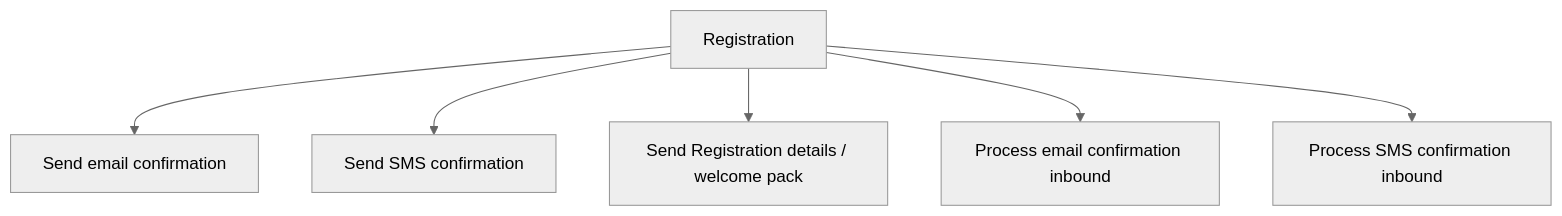
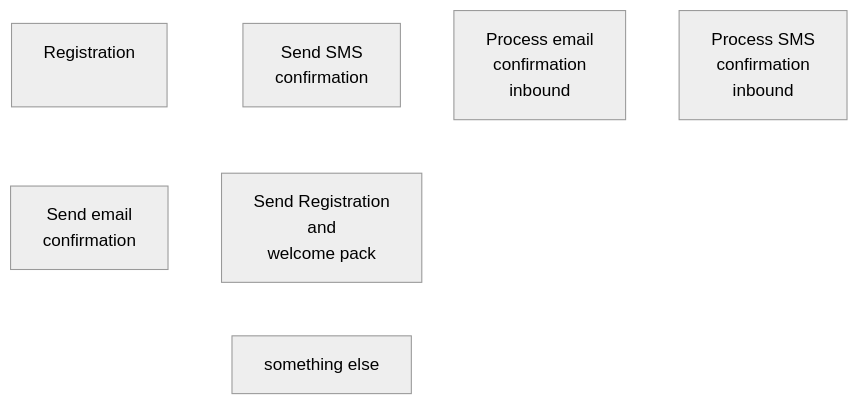
Before and after one commit to jimdeane/OpenCCM-wiki: the diagram in User%2DJourneys.md, drawn with Mermaid (neutral theme). The commit also changed other lines of this file, not shown here.

Commit message:
Updated User-Journeys

```diff
--- a/User%2DJourneys.md
+++ b/User%2DJourneys.md
@@ -7,10 +2,16 @@
 ::: mermaid
 graph TD;
-Registration-->id01[Send email confirmation]
-Registration-->id02[Send SMS confirmation] 
-Registration-->id03[Send Registration details / welcome pack]
-Registration-->id04[Process email confirmation inbound]
-Registration-->id05[Process SMS confirmation inbound]
+id00[Registration<br><br>]---id01[Send email<br>confirmation]
+id02[Send SMS<br>confirmation]---id03[Send Registration<br>and<br>welcome pack]
+id03---id301[something else]
+id04[Process email<br>confirmation<br>inbound]
+id05[Process SMS<br>confirmation<br>inbound]
 
+linkStyle 0 stroke:#FFF,stroke-width:4px,color:red;
+linkStyle 1 stroke:#FFF,stroke-width:4px,color:red;
+linkStyle 2 stroke:#FFF,stroke-width:4px,color:red;
+%%linkStyle 3 stroke:#FFF,stroke-width:4px,color:red;
+%%linkStyle 4 stroke:#FFF,stroke-width:4px,color:red;
+%%linkStyle 5 stroke:#FFF,stroke-width:4px,color:red;
 
 :::
```
